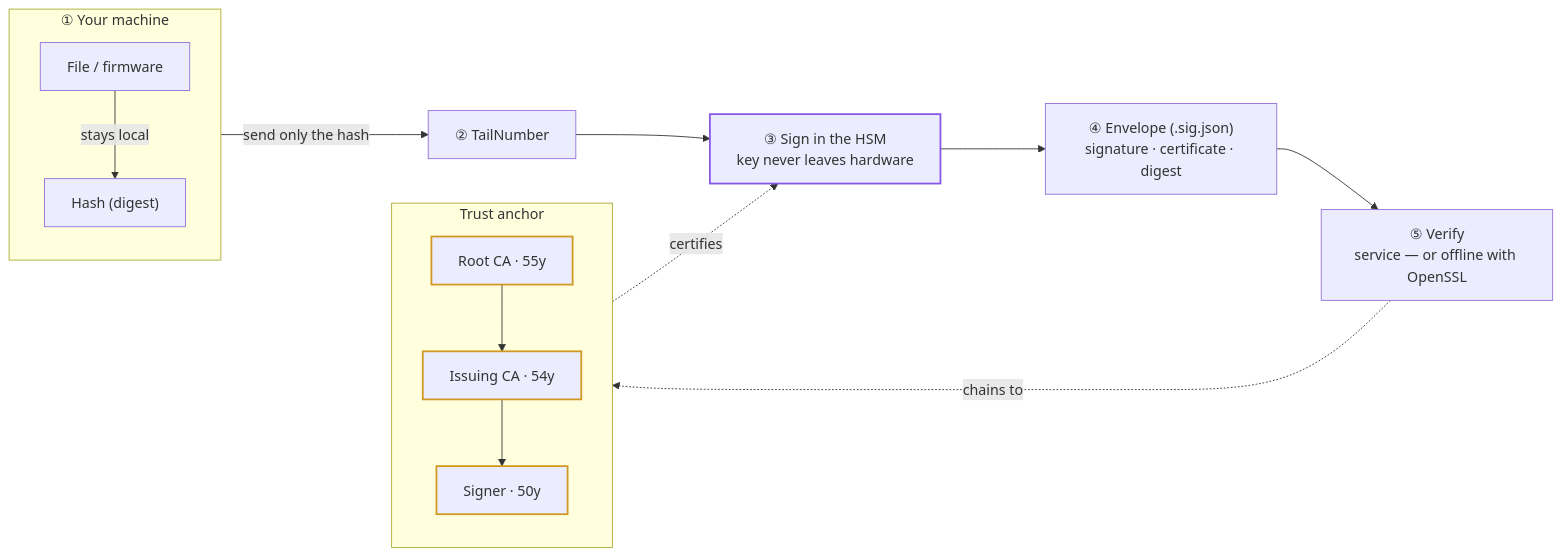
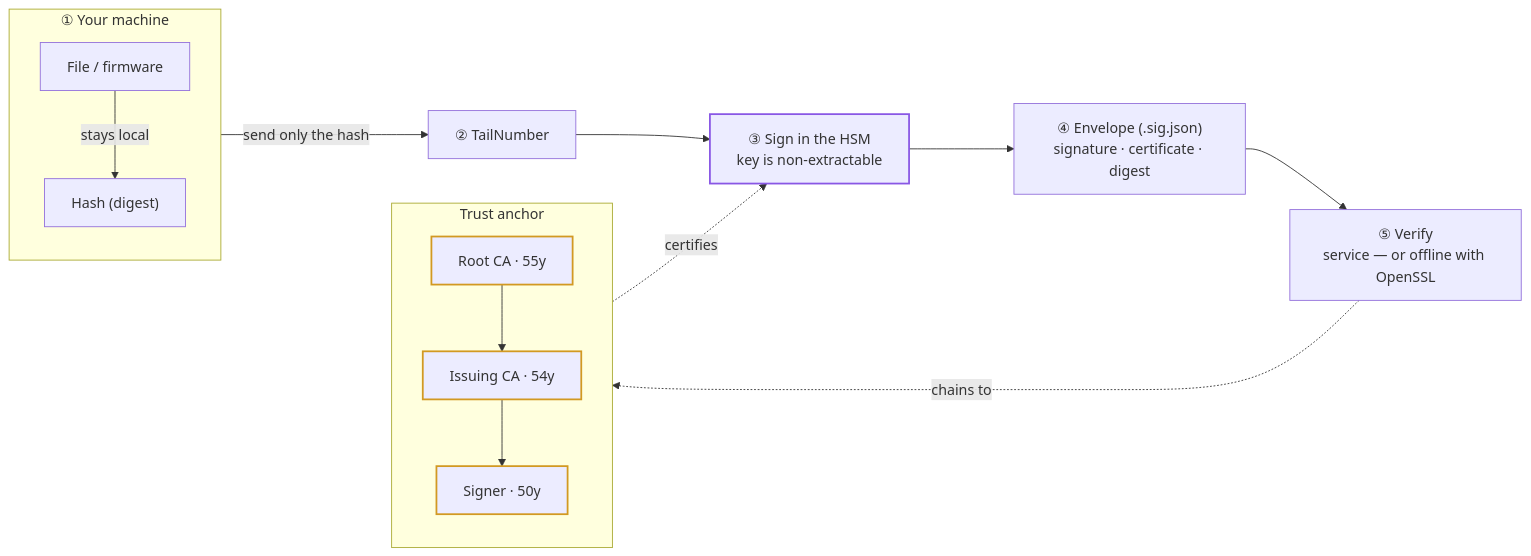
One commit to rayketcham-lab/tailnumber changed the diagram in README.md. Above: the diagram before and after it, drawn with Mermaid. The commit also changed other lines of this file and 1 other file, not shown here.

First line of the commit message:
docs: honest HSM posture — the live demo runs on SoftHSM (software HSM), not hardware

````diff
--- a/README.md
+++ b/README.md
@@ -47,22 +47,22 @@
 ```mermaid
 flowchart LR
   subgraph IN["① Your machine"]
     direction TB
     F["File / firmware"]
     H["Hash (digest)"]
     F -->|"stays local"| H
   end
   H -->|"send only the hash"| API["② TailNumber"]
-  API --> HSM["③ Sign in the HSM<br/>key never leaves hardware"]
+  API --> HSM["③ Sign in the HSM<br/>key is non-extractable"]
   HSM --> ENV["④ Envelope (.sig.json)<br/>signature · certificate · digest"]
   ENV --> VER["⑤ Verify<br/>service — or offline with OpenSSL"]
   subgraph CA["Trust anchor"]
     R["Root CA · 55y"] --> IS["Issuing CA · 54y"] --> LC["Signer · 50y"]
   end
   CA -. certifies .-> HSM
   VER -. chains to .-> CA
   classDef anchor stroke:#d29922,stroke-width:2px;
   classDef hw stroke:#8957e5,stroke-width:2px;
   class R,IS,LC anchor;
   class HSM hw;
 ```
````
